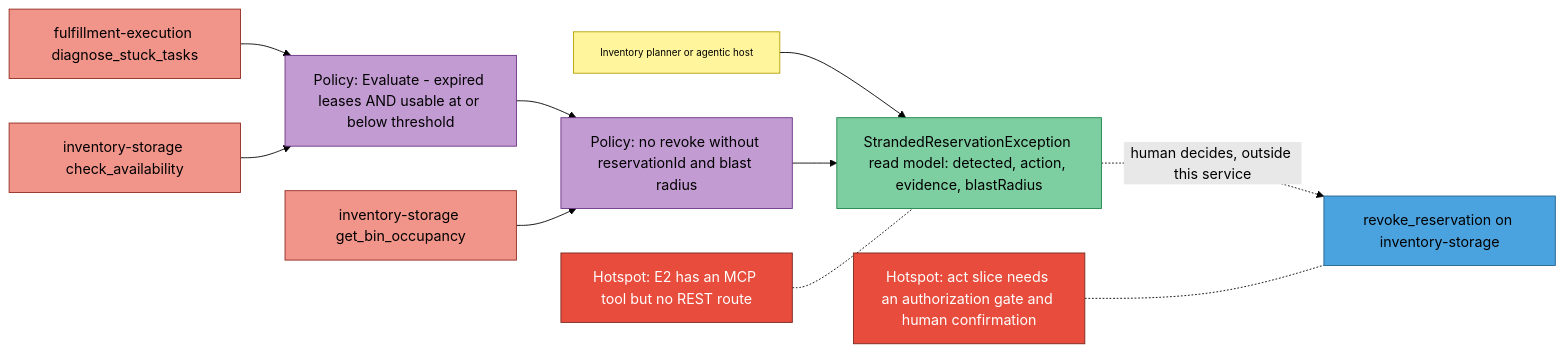
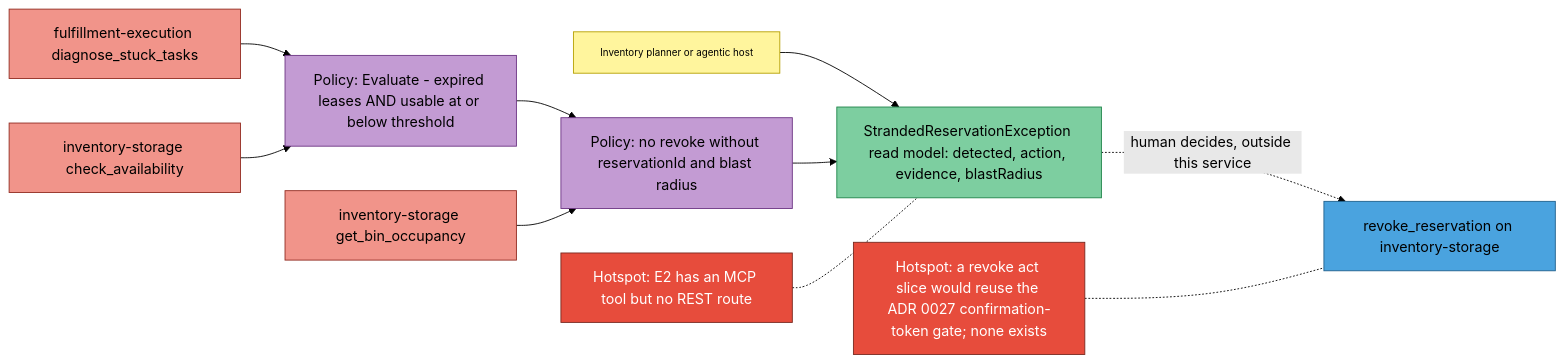
One commit to IQVO/warehouse-ops-agent changed the fourth of 4 diagrams in docs/docs/ddd/eventstorming.md. Above: the diagram before and after it, drawn with Mermaid (forest theme). The commit also changed other lines of this file and 12 other files, not shown here.

Commit message:
docs: describe the two human-gated act slices instead of 'act not built' / 'no write path'

````diff
--- a/docs/docs/ddd/eventstorming.md
+++ b/docs/docs/ddd/eventstorming.md
@@ -131,28 +131,28 @@
 ```mermaid
 flowchart LR
     Planner["Inventory planner or agentic host"]:::actor
     FE["fulfillment-execution diagnose_stuck_tasks"]:::external
     IS1["inventory-storage check_availability"]:::external
     IS2["inventory-storage get_bin_occupancy"]:::external
     P1["Policy: Evaluate - expired leases AND usable at or below threshold"]:::policy
     P2["Policy: no revoke without reservationId and blast radius"]:::policy
     RM["StrandedReservationException read model: detected, action, evidence, blastRadius"]:::readmodel
     CMD["revoke_reservation on inventory-storage"]:::command
     H1["Hotspot: E2 has an MCP tool but no REST route"]:::hotspot
-    H2["Hotspot: act slice needs an authorization gate and human confirmation"]:::hotspot
+    H2["Hotspot: a revoke act slice would reuse the ADR 0027 confirmation-token gate; none exists"]:::hotspot
     Planner --> RM
     FE --> P1
     IS1 --> P1
     P1 --> P2
     IS2 --> P2
     P2 --> RM
     RM -. "human decides, outside this service" .-> CMD
     H1 -.- RM
     H2 -.- CMD
     classDef actor fill:#fff59d,stroke:#b59f00,color:#000,font-size:11px
     classDef command fill:#4aa3df,stroke:#1f618d,color:#000
     classDef policy fill:#c39bd3,stroke:#6c3483,color:#000
     classDef readmodel fill:#7dcea0,stroke:#1e8449,color:#000
     classDef external fill:#f1948a,stroke:#922b21,color:#000
     classDef hotspot fill:#e74c3c,stroke:#78281f,color:#fff
 ```
````
